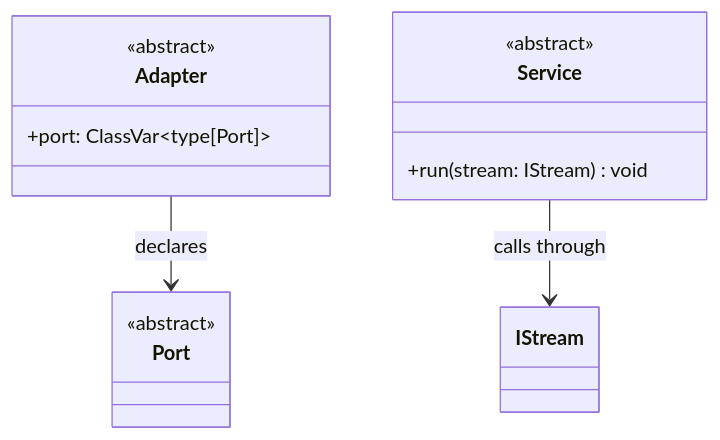
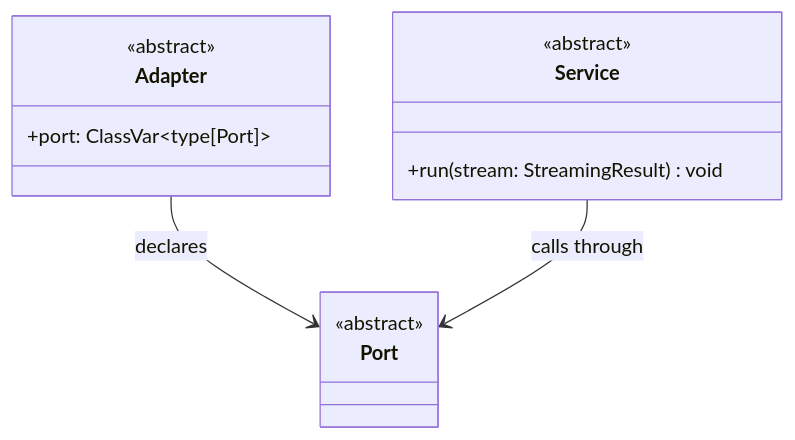
The third of 3 diagrams in docs/ARCHITECTURE.md (BinaryBand/scop-demo), drawn with Mermaid before and after one commit. The commit also changed other lines of this file and 1 other file, not shown here.

Commit message:
fix: update conventions to enforce Adapter class declaration of port as ClassVar

````diff
--- a/docs/ARCHITECTURE.md
+++ b/docs/ARCHITECTURE.md
@@ -152,19 +147,19 @@
 ```mermaid
 classDiagram
     class Port {
         <<abstract>>
     }
 
     class Adapter {
         <<abstract>>
         +port: ClassVar~type[Port]~
     }
 
     class Service {
         <<abstract>>
-        +run(stream: IStream) void
+        +run(stream: StreamingResult) void
     }
 
     Adapter --> Port : declares
-    Service --> IStream : calls through
+    Service --> Port : calls through
 ```
````
